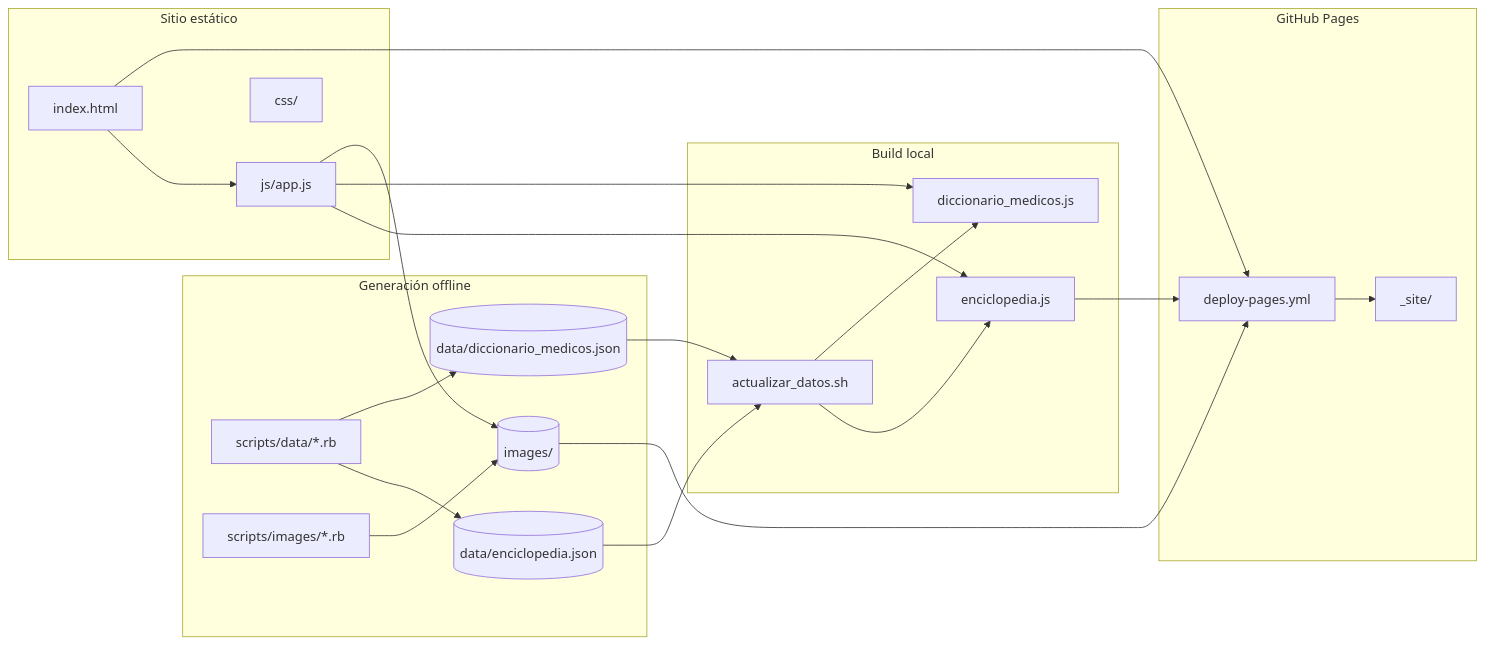
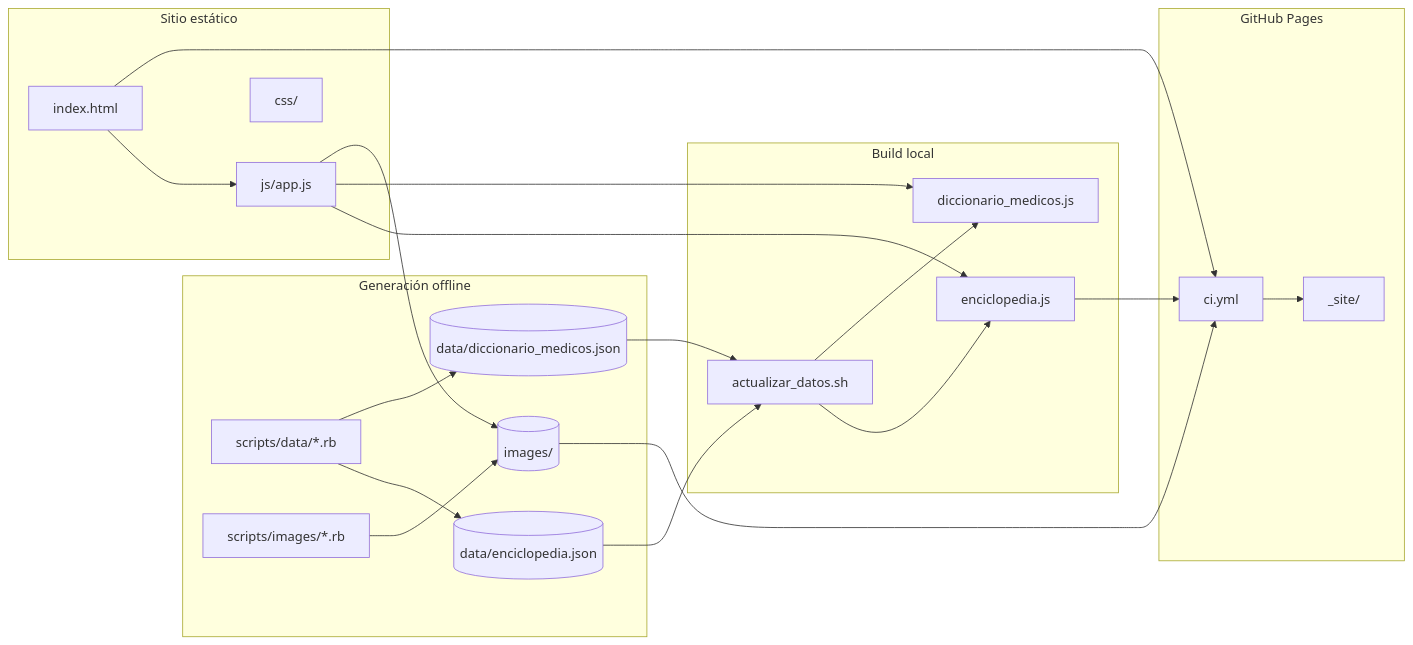
Before and after one commit to ramiro-andres/enciclopediaanimal: the diagram in docs/ARQUITECTURA.md, drawn with Mermaid. The commit also changed 26 other files, not shown here.

````diff
--- a/docs/ARQUITECTURA.md
+++ b/docs/ARQUITECTURA.md
@@ -7,41 +7,41 @@
 ```mermaid
 flowchart LR
   subgraph generacion [Generación offline]
     RB[scripts/data/*.rb]
     IMG[scripts/images/*.rb]
     JSON[(data/enciclopedia.json)]
     DICT[(data/diccionario_medicos.json)]
     RB --> JSON
     RB --> DICT
     IMG --> PHOTOS[(images/)]
   end
 
   subgraph build [Build local]
     AD[actualizar_datos.sh]
     JS1[enciclopedia.js]
     JS2[diccionario_medicos.js]
     AD --> JS1
     AD --> JS2
     JSON --> AD
     DICT --> AD
   end
 
   subgraph frontend [Sitio estático]
     HTML[index.html]
     APP[js/app.js]
     CSS[css/]
     HTML --> APP
     APP --> JS1
     APP --> JS2
     APP --> PHOTOS
   end
 
   subgraph deploy [GitHub Pages]
-    WF[deploy-pages.yml]
+    WF[ci.yml]
     SITE[_site/]
     WF --> SITE
     HTML --> WF
     JS1 --> WF
     PHOTOS --> WF
   end
 ```
````
